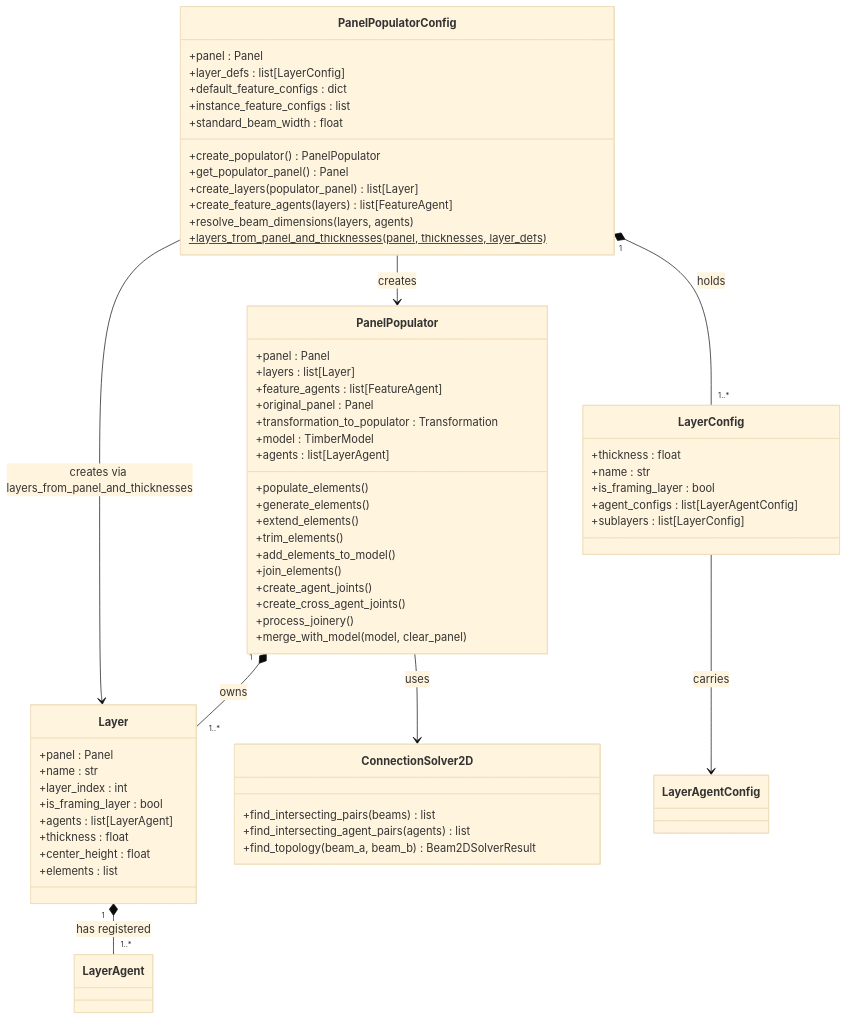
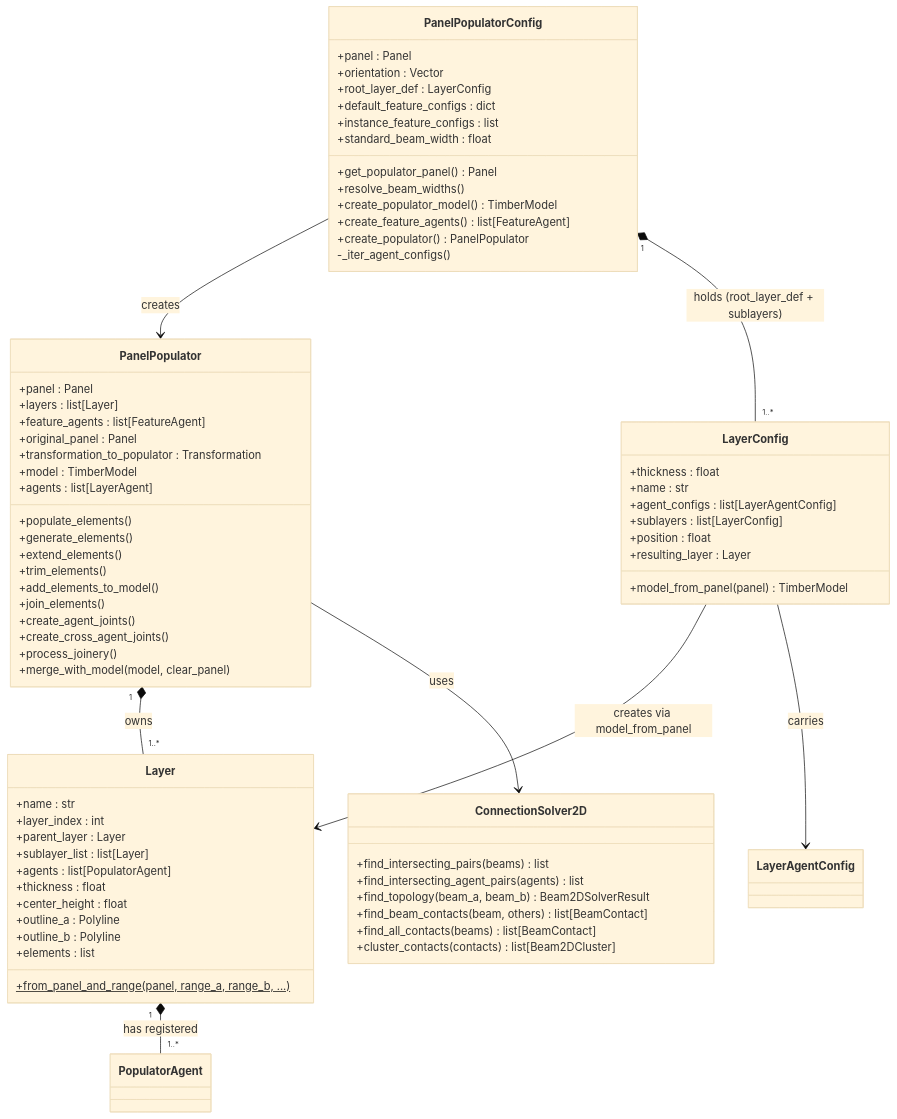
The first of 7 diagrams in docs/contribution/class_diagrams.md (gramaziokohler/timber_design), drawn with Mermaid (base theme) before and after one commit. The commit also changed other lines of this file and 25 other files, not shown here.

````diff
--- a/docs/contribution/class_diagrams.md
+++ b/docs/contribution/class_diagrams.md
@@ -13,70 +13,79 @@
 ```mermaid
 classDiagram
 
     class PanelPopulatorConfig {
         +panel : Panel
-        +layer_defs : list[LayerConfig]
+        +orientation : Vector
+        +root_layer_def : LayerConfig
         +default_feature_configs : dict
         +instance_feature_configs : list
         +standard_beam_width : float
+        +get_populator_panel() Panel
+        +resolve_beam_widths()
+        +create_populator_model() TimberModel
+        +create_feature_agents() list[FeatureAgent]
         +create_populator() PanelPopulator
-        +get_populator_panel() Panel
-        +create_layers(populator_panel) list[Layer]
-        +create_feature_agents(layers) list[FeatureAgent]
-        +resolve_beam_dimensions(layers, agents)
-        +layers_from_panel_and_thicknesses(panel, thicknesses, layer_defs)$
+        -_iter_agent_configs()
     }
 
     class PanelPopulator {
         +panel : Panel
         +layers : list[Layer]
         +feature_agents : list[FeatureAgent]
         +original_panel : Panel
         +transformation_to_populator : Transformation
         +model : TimberModel
         +agents : list[LayerAgent]
         +populate_elements()
         +generate_elements()
         +extend_elements()
         +trim_elements()
         +add_elements_to_model()
         +join_elements()
         +create_agent_joints()
         +create_cross_agent_joints()
         +process_joinery()
         +merge_with_model(model, clear_panel)
     }
 
     class Layer {
-        +panel : Panel
         +name : str
         +layer_index : int
-        +is_framing_layer : bool
-        +agents : list[LayerAgent]
+        +parent_layer : Layer
+        +sublayer_list : list[Layer]
+        +agents : list[PopulatorAgent]
         +thickness : float
         +center_height : float
+        +outline_a : Polyline
+        +outline_b : Polyline
         +elements : list
+        +from_panel_and_range(panel, range_a, range_b, ...)$
     }
 
     class LayerConfig {
         +thickness : float
         +name : str
-        +is_framing_layer : bool
         +agent_configs : list[LayerAgentConfig]
         +sublayers : list[LayerConfig]
+        +position : float
+        +resulting_layer : Layer
+        +model_from_panel(panel) TimberModel
     }
 
     class ConnectionSolver2D {
         +find_intersecting_pairs(beams) list
         +find_intersecting_agent_pairs(agents) list
         +find_topology(beam_a, beam_b) Beam2DSolverResult
+        +find_beam_contacts(beam, others) list[BeamContact]
+        +find_all_contacts(beams) list[BeamContact]
+        +cluster_contacts(contacts) list[Beam2DCluster]
     }
 
     PanelPopulatorConfig --> PanelPopulator : creates
-    PanelPopulatorConfig "1" *-- "1..*" LayerConfig : holds
-    PanelPopulatorConfig --> Layer : creates via layers_from_panel_and_thicknesses
+    PanelPopulatorConfig "1" *-- "1..*" LayerConfig : holds (root_layer_def + sublayers)
+    LayerConfig --> Layer : creates via model_from_panel
     PanelPopulator "1" *-- "1..*" Layer : owns
     PanelPopulator --> ConnectionSolver2D : uses
-    Layer "1" *-- "1..*" LayerAgent : has registered
+    Layer "1" *-- "1..*" PopulatorAgent : has registered
     LayerConfig --> LayerAgentConfig : carries
 ```
````
